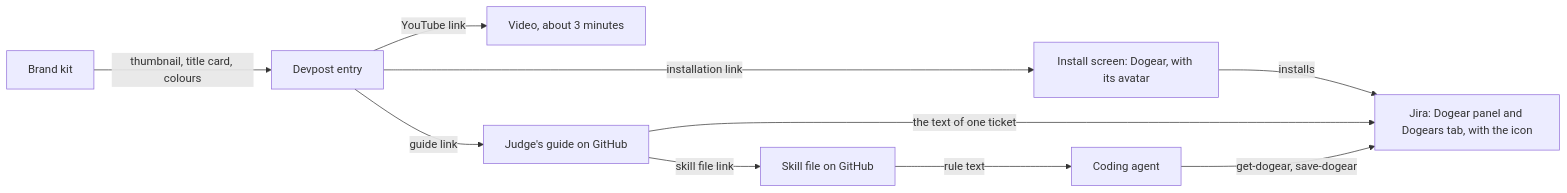
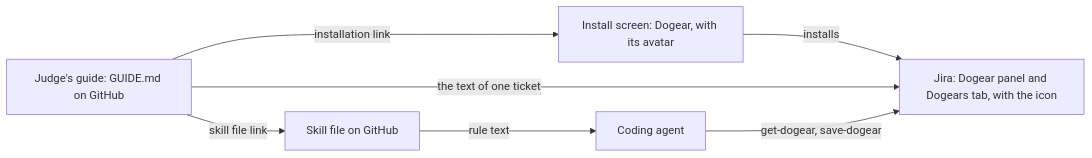
One commit to dzaffren/dogear changed the second of 2 diagrams in docs/specs/judge-ready-entry.md. Above: the diagram before and after it, drawn with Mermaid. The commit also changed other lines of this file and 2 other files, not shown here.

Commit message:
docs(spec): split submit-entry from judge-ready-entry

````diff
--- a/docs/specs/judge-ready-entry.md
+++ b/docs/specs/judge-ready-entry.md
@@ -188,12 +162,9 @@
 ```mermaid
 flowchart LR
-    K["Brand kit"] -- "thumbnail, title card, colours" --> D["Devpost entry"]
-    D -- "YouTube link" --> V["Video, about 3 minutes"]
-    D -- "installation link" --> I["Install screen: Dogear, with its avatar"]
-    D -- "guide link" --> G["Judge's guide on GitHub"]
+    G["Judge's guide: GUIDE.md on GitHub"] -- "installation link" --> I["Install screen: Dogear, with its avatar"]
     I -- "installs" --> J["Jira: Dogear panel and Dogears tab, with the icon"]
     G -- "the text of one ticket" --> J
     G -- "skill file link" --> S["Skill file on GitHub"]
     S -- "rule text" --> C["Coding agent"]
     C -- "get-dogear, save-dogear" --> J
 ```
````
